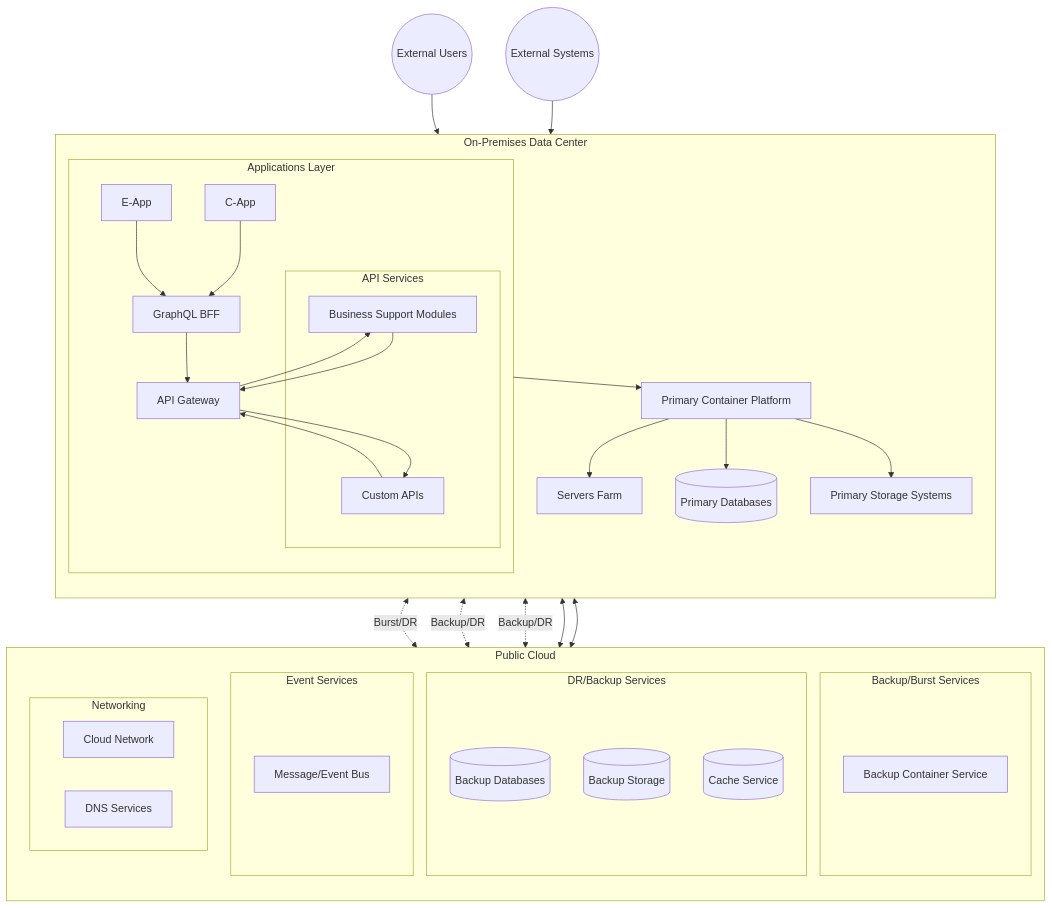
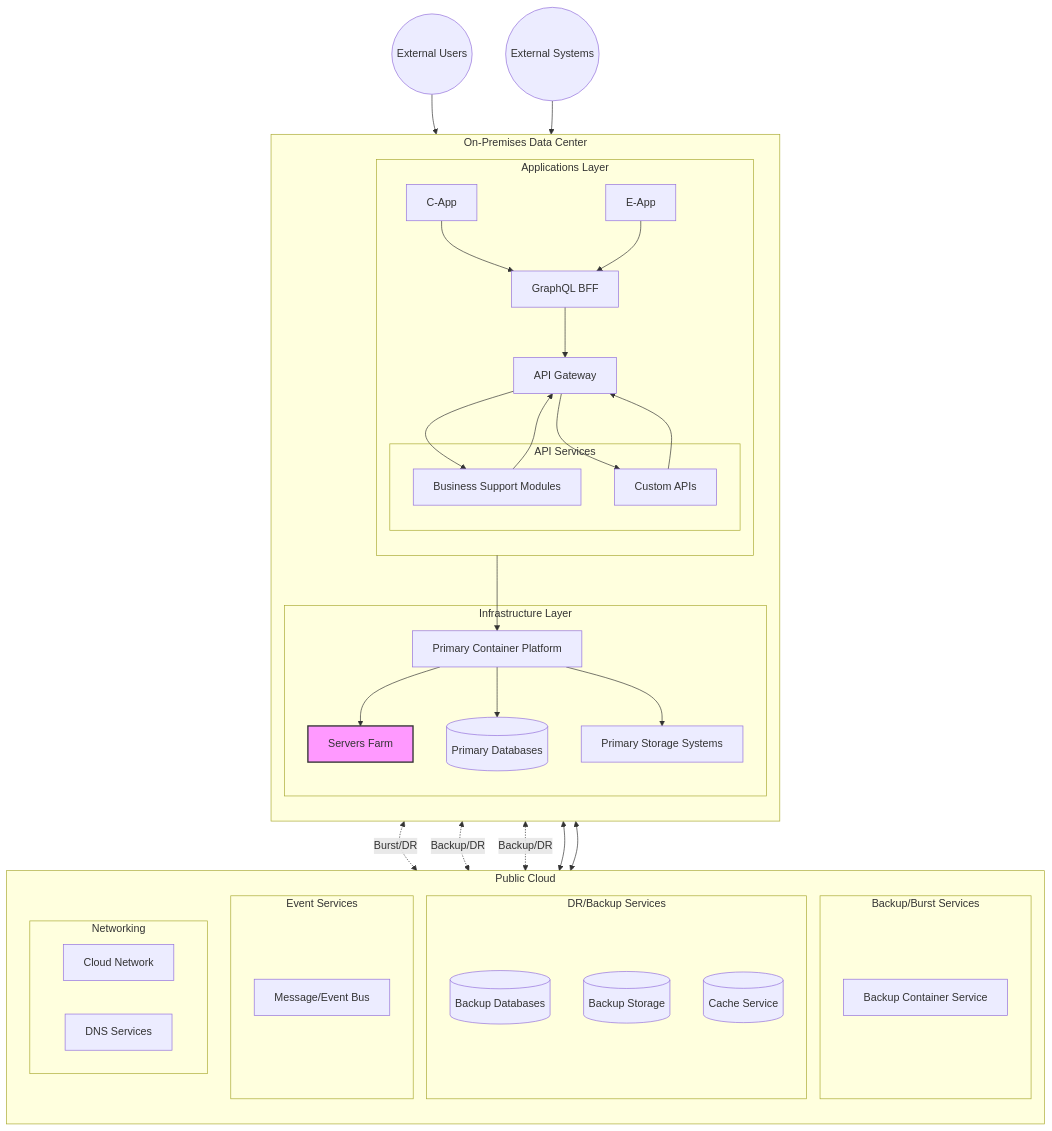
Before and after one commit to henryrestive/infra-docs: the diagram in Generic-HybridCloud.md, drawn with Mermaid. The commit also changed 2 other files, not shown here.

Commit message:
Revise diagram for a better view

````diff
--- a/Generic-HybridCloud.md
+++ b/Generic-HybridCloud.md
@@ -8,62 +8,66 @@
 ```mermaid
 graph TB
     subgraph OnPrem[On-Premises Data Center]
         direction TB
         subgraph Apps[Applications Layer]
             CApp[C-App]
             EApp[E-App]
             subgraph API[API Services]
                 BSM[Business Support Modules]
                 CustomAPI[Custom APIs]
             end
             BFF[GraphQL BFF]
             Gateway[API Gateway]
         end
         
-        ContainerPlatform[Primary Container Platform]
-        ServersFarm[Servers Farm]
-        PrimaryDB[(Primary Databases)]
-        PrimaryStorage[Primary Storage Systems]
+        subgraph Infrastructure[Infrastructure Layer]
+            ServersFarm[Servers Farm]:::serversFarm
+            ContainerPlatform[Primary Container Platform]
+            PrimaryDB[(Primary Databases)]
+            PrimaryStorage[Primary Storage Systems]
+        end
     end
 
     subgraph Cloud[Public Cloud]
         direction TB
         subgraph Compute[Backup/Burst Services]
             BackupContainers[Backup Container Service]
         end
         
         subgraph Data[DR/Backup Services]
             BackupDB[(Backup Databases)]
             BackupStorage[(Backup Storage)]
             Cache[(Cache Service)]
         end
         
         subgraph Messaging[Event Services]
             EventBus[Message/Event Bus]
         end
         
         subgraph Network[Networking]
             CloudNet[Cloud Network]
             DNS[DNS Services]
         end
     end
 
     ExternalUsers((External Users))
     ExternalSystems((External Systems))
 
     CApp & EApp --> BFF
     BFF --> Gateway
     BSM & CustomAPI --> Gateway
     Gateway --> BSM
     Gateway --> CustomAPI
     ExternalUsers --> Gateway
     ExternalSystems --> Gateway
     Apps --> ContainerPlatform
     ContainerPlatform --> ServersFarm
     ContainerPlatform --> PrimaryDB
     ContainerPlatform --> PrimaryStorage
     ContainerPlatform <-.->|Burst/DR| BackupContainers
     PrimaryDB <-.->|Backup/DR| BackupDB
     PrimaryStorage <-.->|Backup/DR| BackupStorage
     BSM & CustomAPI <--> EventBus
+
+    classDef serversFarm fill:#f9f,stroke:#333,stroke-width:2px;
 ```
````
